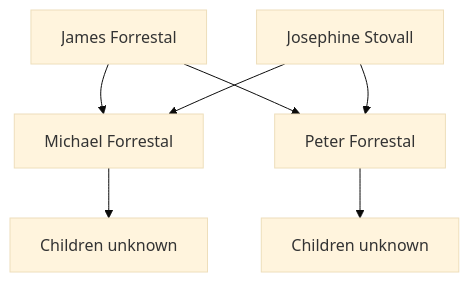
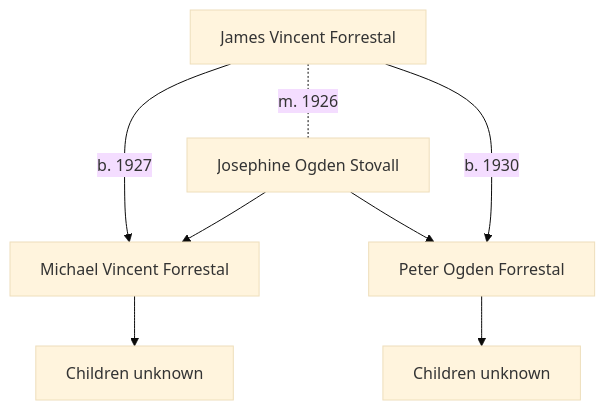
The diagram in docs/people/forrestal_james.md (Black-Star-Institute/blackstar.github.io), drawn with Mermaid (base theme) before and after one commit.

````diff
--- a/docs/people/forrestal_james.md
+++ b/docs/people/forrestal_james.md
@@ -13,9 +13,10 @@
 ```mermaid
 graph TD;
-  james[James Forrestal] --> michael[Michael Forrestal]
-  josephine[Josephine Stovall] --> michael
-  james --> peter[Peter Forrestal]
+  james[James Vincent Forrestal] -- "b. 1927" --> michael[Michael Vincent Forrestal]
+  james -. "m. 1926" .- josephine
+  josephine[ Josephine Ogden Stovall] --> michael
+  james -- "b. 1930" --> peter[Peter Ogden Forrestal]
   josephine --> peter
   michael --> anon1[Children unknown]
   peter --> anon2[Children unknown]
 ```
````
